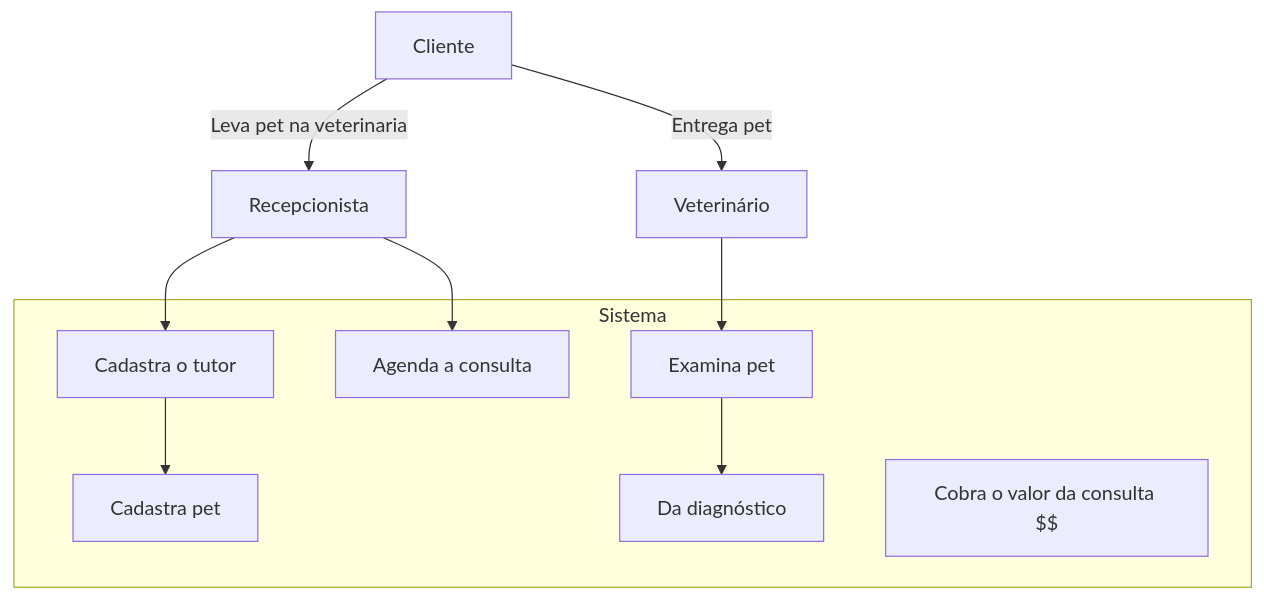
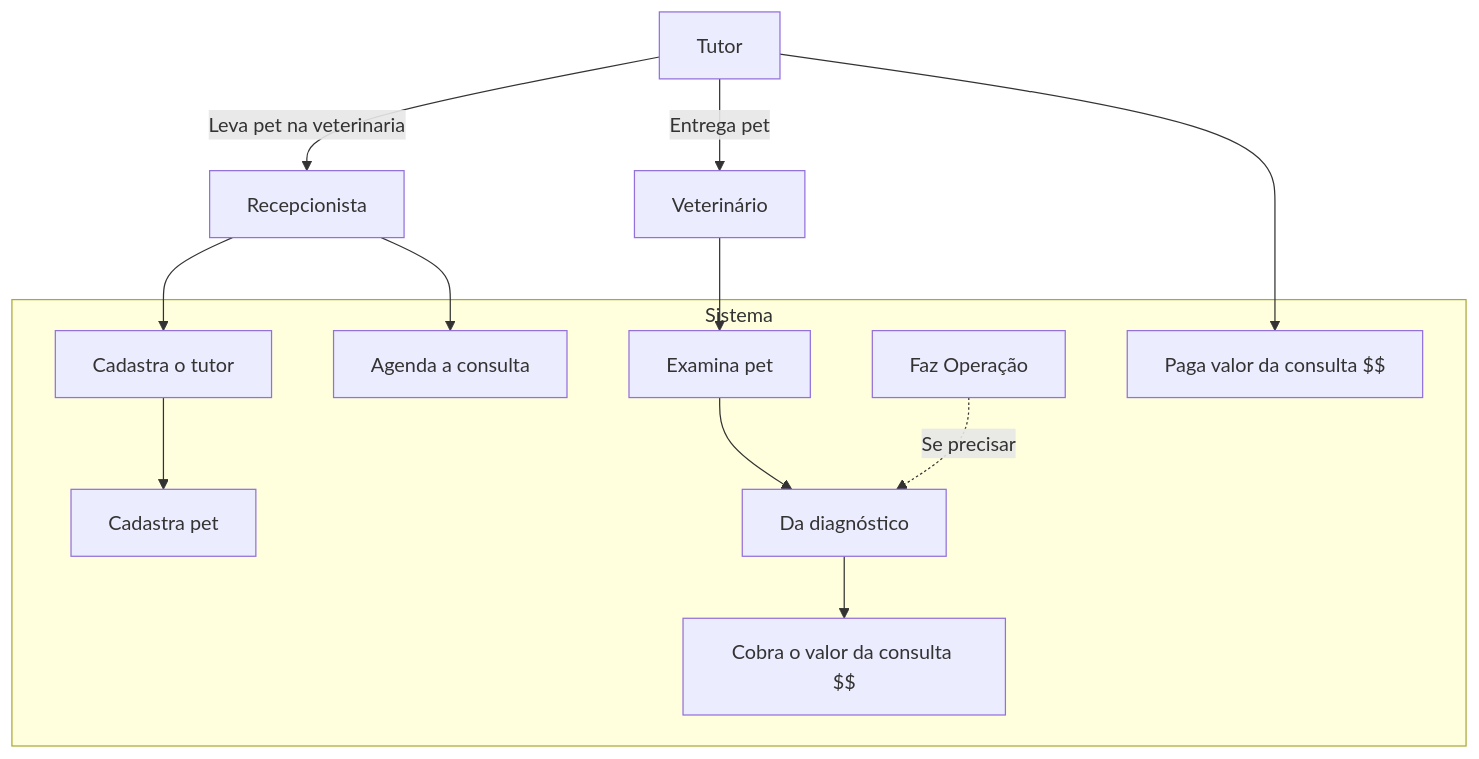
One commit to triggerww/clinica-veterinaria changed the first of 2 diagrams in README.md. Above: the diagram before and after it, drawn with Mermaid. The commit also changed other lines of this file, not shown here.

First line of the commit message:
Revise UML diagrams and terminology in README

````diff
--- a/README.md
+++ b/README.md
@@ -10,22 +10,26 @@
 ```Mermaid
 flowchart TD
-    cliente["Cliente"]
+    cliente["Tutor"]
     recepcionista["Recepcionista "]
     vet["Veterinário"]
 
     %% Ações
     subgraph Sistema
         pet["Cadastra pet"]
         tutor["Cadastra o tutor"]
         consulta["Agenda a consulta"]
         examina["Examina pet"]
         diagnostico["Da diagnóstico"]
+        opera["Faz Operação"]
         cobra["Cobra o valor da consulta $$"]
+        paga["Paga valor da consulta $$"]
     end
 
     %% Relacionamentos
     cliente -- "Leva pet na veterinaria" --> recepcionista --> tutor --> pet
     recepcionista --> consulta
 
     cliente -- "Entrega pet" --> vet --> examina --> diagnostico
+    opera -. "Se precisar" .-> diagnostico --> cobra
+    cliente --> paga
 ```
````
